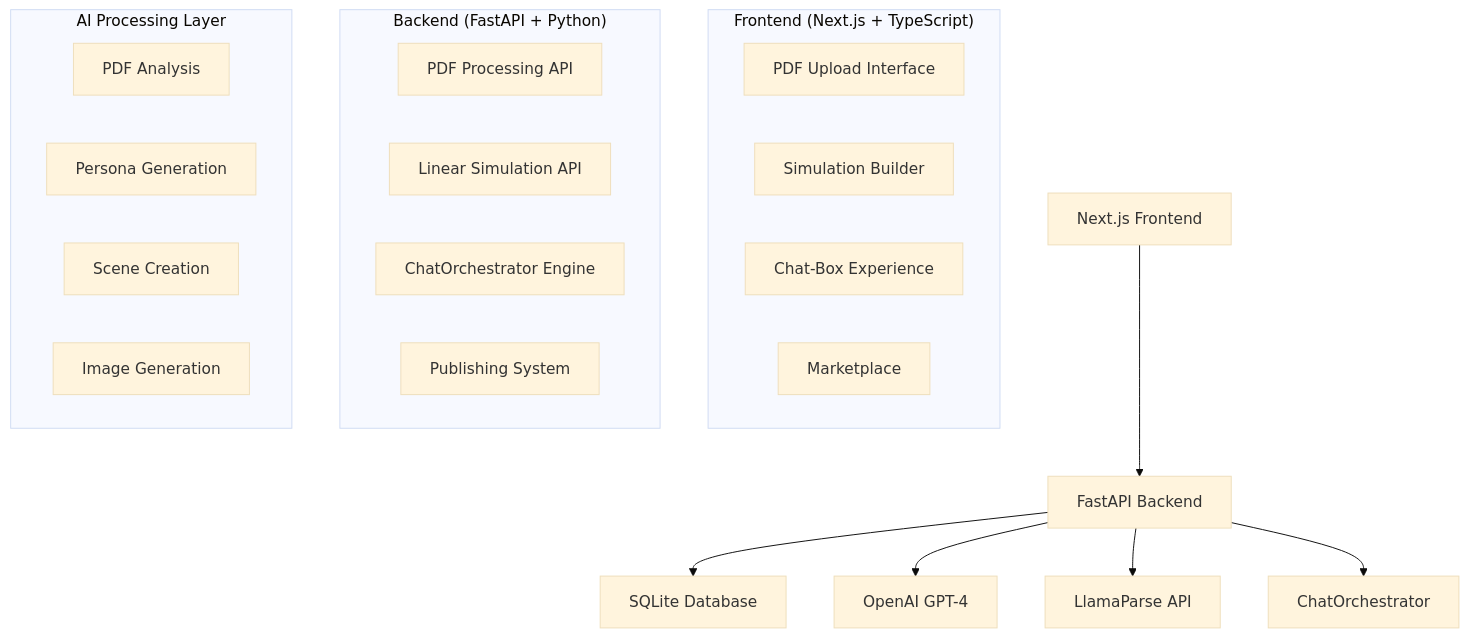
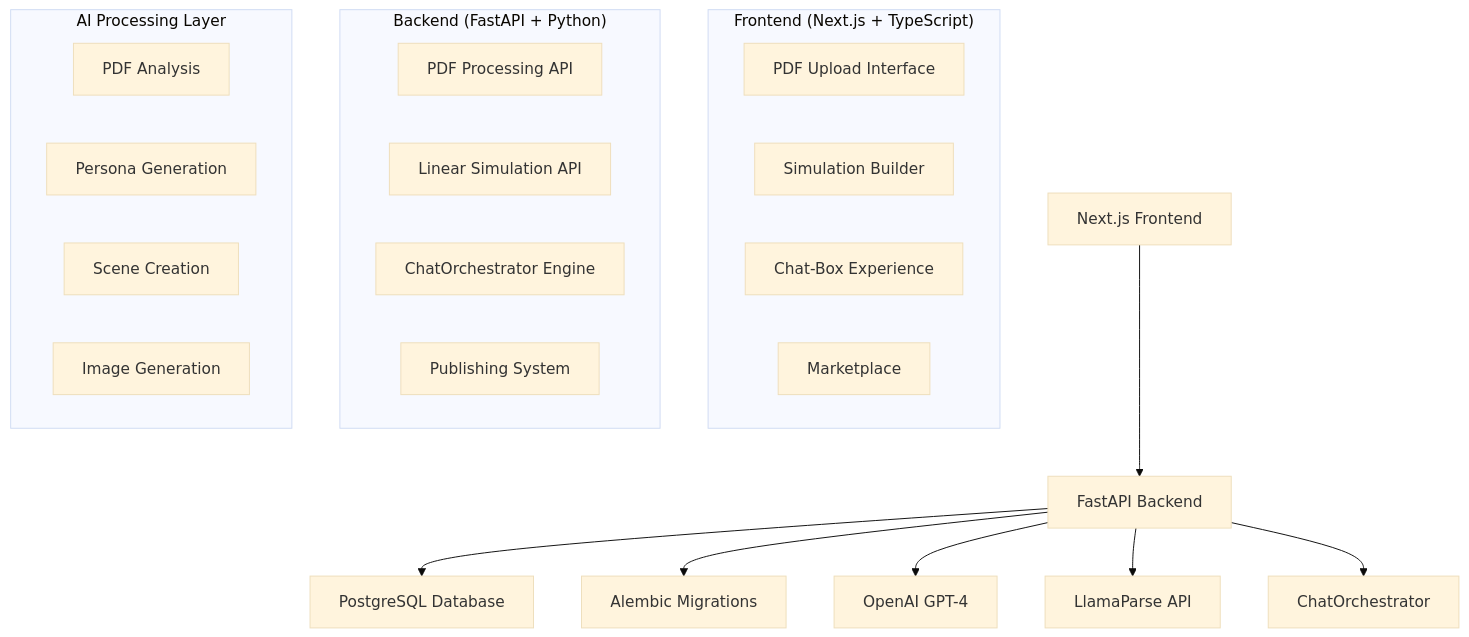
The diagram in README.md (Sbcoit/forked-ai-agent-education-platform), drawn with Mermaid (base theme) before and after one commit. The commit also changed other lines of this file and 23 other files, not shown here.

Commit message:
PostgreSQL db and Alembic for migrations

````diff
--- a/README.md
+++ b/README.md
@@ -45,29 +46,30 @@
 ```mermaid
 graph TB
     A[Next.js Frontend] --> B[FastAPI Backend]
-    B --> C[SQLite Database]
-    B --> D[OpenAI GPT-4]
-    B --> E[LlamaParse API]
-    B --> F[ChatOrchestrator]
+    B --> C[PostgreSQL Database]
+    B --> D[Alembic Migrations]
+    B --> E[OpenAI GPT-4]
+    B --> F[LlamaParse API]
+    B --> G[ChatOrchestrator]
     
     subgraph "Frontend (Next.js + TypeScript)"
-        G[PDF Upload Interface]
-        H[Simulation Builder]
-        I[Chat-Box Experience]
-        J[Marketplace]
+        H[PDF Upload Interface]
+        I[Simulation Builder]
+        J[Chat-Box Experience]
+        K[Marketplace]
     end
     
     subgraph "Backend (FastAPI + Python)"
-        K[PDF Processing API]
-        L[Linear Simulation API]
-        M[ChatOrchestrator Engine]
-        N[Publishing System]
+        L[PDF Processing API]
+        M[Linear Simulation API]
+        N[ChatOrchestrator Engine]
+        O[Publishing System]
     end
     
     subgraph "AI Processing Layer"
-        O[PDF Analysis]
-        P[Persona Generation]
-        Q[Scene Creation]
-        R[Image Generation]
+        P[PDF Analysis]
+        Q[Persona Generation]
+        R[Scene Creation]
+        S[Image Generation]
     end
 ```
````
